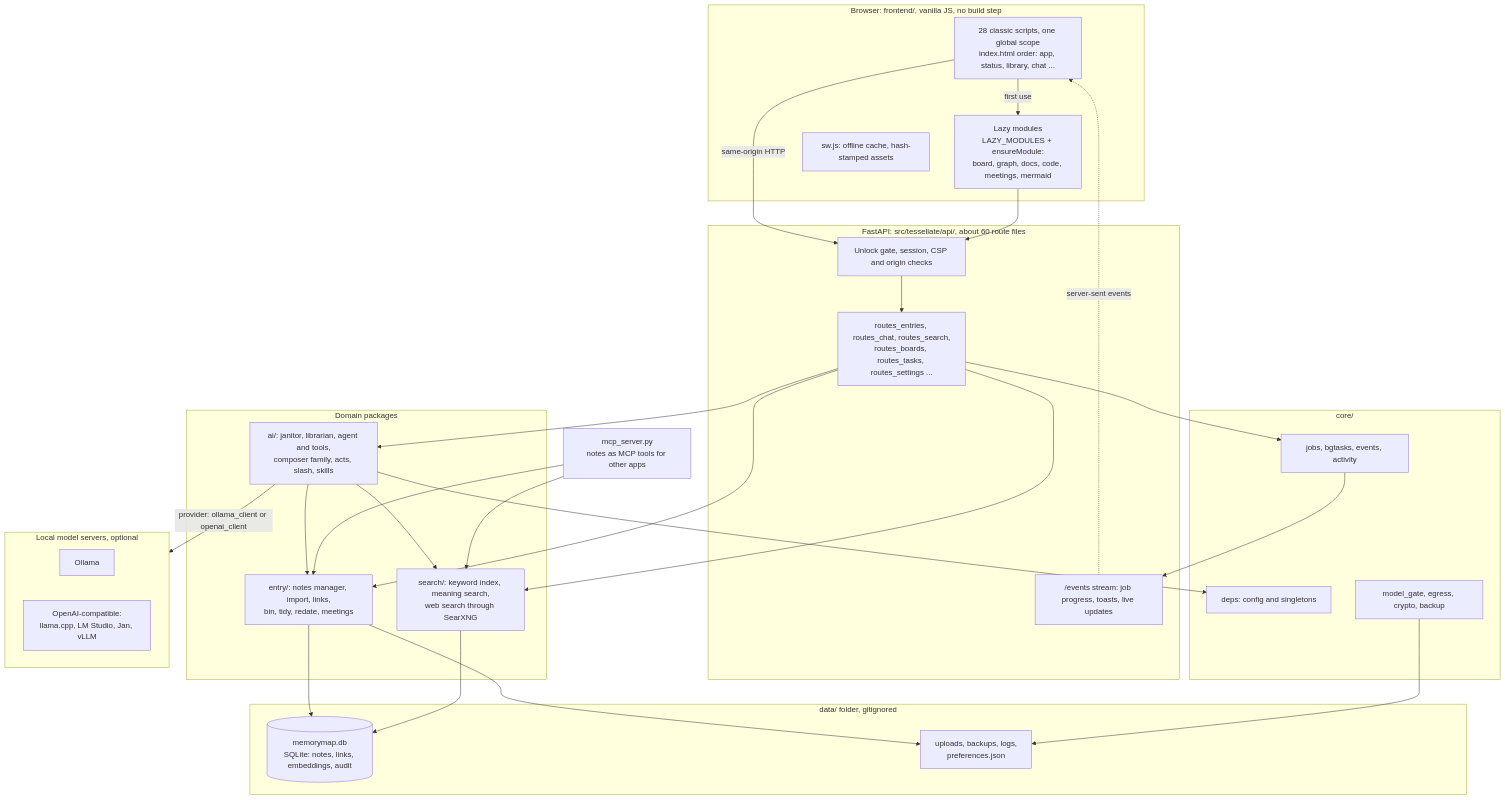
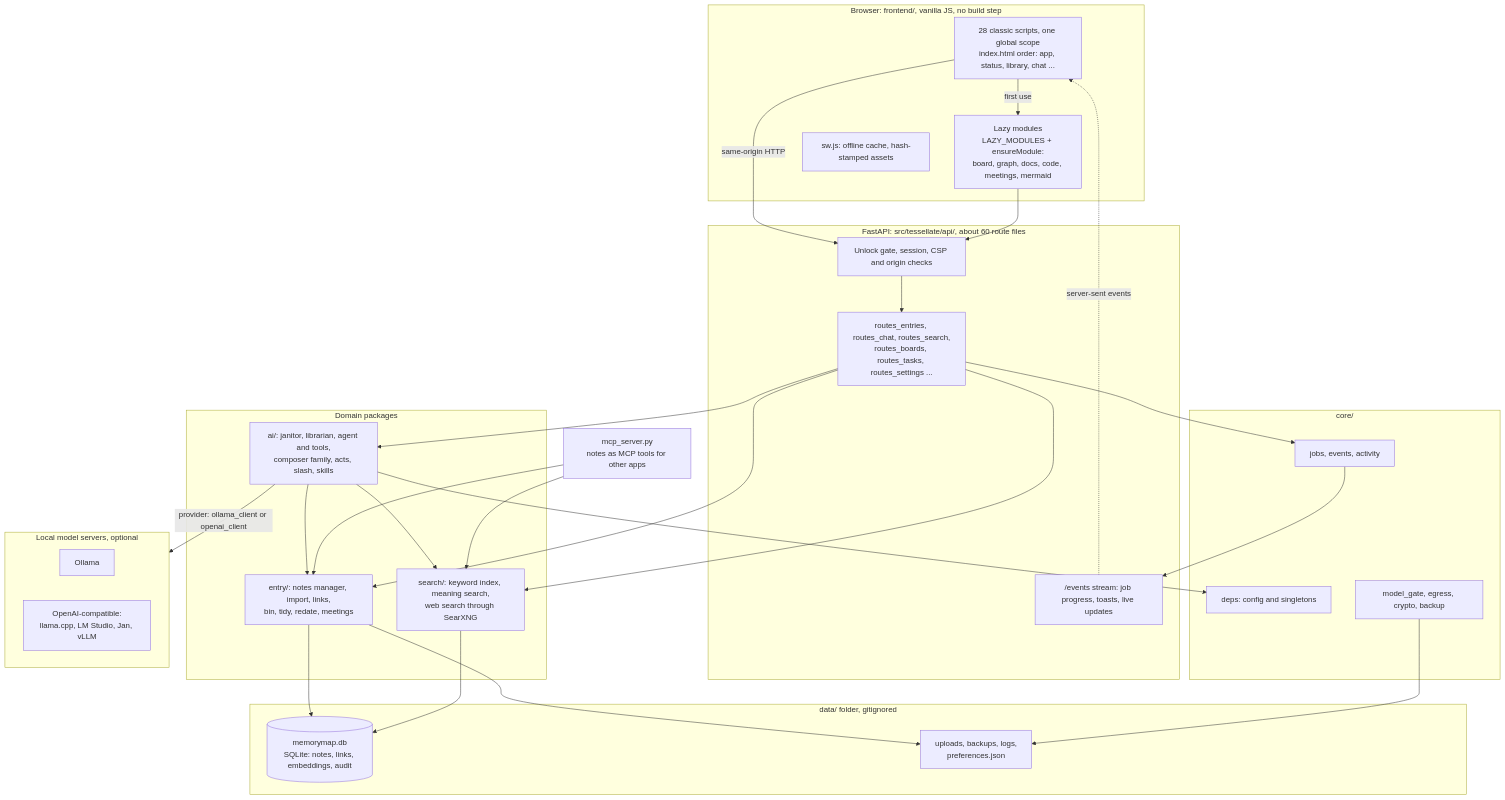
The first of 3 diagrams in docs/ARCHITECTURE.md (Braydenh563/Tessellate), drawn with Mermaid before and after one commit. The commit also changed other lines of this file and 23 other files, not shown here.

First line of the commit message:
Jobs (INBOX 1502): quitting a kind or everything is jobs.cancel_kind and stop_all; bgtasks.py goes

````diff
--- a/docs/ARCHITECTURE.md
+++ b/docs/ARCHITECTURE.md
@@ -70,59 +70,59 @@
 ```mermaid
 flowchart TB
   subgraph Browser["Browser: frontend/, vanilla JS, no build step"]
     Shell["28 classic scripts, one global scope<br/>index.html order: app, status, library, chat ..."]
     Lazy["Lazy modules<br/>LAZY_MODULES + ensureModule:<br/>board, graph, docs, code, meetings, mermaid"]
     SW["sw.js: offline cache, hash-stamped assets"]
     Shell -- "first use" --> Lazy
   end
 
   subgraph API["FastAPI: src/tessellate/api/, about 60 route files"]
     Gate["Unlock gate, session, CSP and origin checks"]
     Routes["routes_entries, routes_chat, routes_search,<br/>routes_boards, routes_tasks, routes_settings ..."]
     Events["/events stream: job progress, toasts, live updates"]
     Gate --> Routes
   end
 
   subgraph Domain["Domain packages"]
     Entry["entry/: notes manager, import, links,<br/>bin, tidy, redate, meetings"]
     AI["ai/: janitor, librarian, agent and tools,<br/>composer family, acts, slash, skills"]
     Search["search/: keyword index, meaning search,<br/>web search through SearXNG"]
   end
 
   subgraph Core["core/"]
     Deps["deps: config and singletons"]
-    Jobs["jobs, bgtasks, events, activity"]
+    Jobs["jobs, events, activity"]
     Gatekeep["model_gate, egress, crypto, backup"]
   end
 
   subgraph Data["data/ folder, gitignored"]
     DB[("memorymap.db<br/>SQLite: notes, links, embeddings, audit")]
     Files["uploads, backups, logs,<br/>preferences.json"]
   end
 
   subgraph Models["Local model servers, optional"]
     Ollama["Ollama"]
     OAI["OpenAI-compatible:<br/>llama.cpp, LM Studio, Jan, vLLM"]
   end
 
   MCP["mcp_server.py<br/>notes as MCP tools for other apps"]
 
   Shell -- "same-origin HTTP" --> Gate
   Lazy --> Gate
   Events -. "server-sent events" .-> Shell
   Routes --> Entry
   Routes --> AI
   Routes --> Search
   AI --> Search
   AI --> Entry
   AI -- "provider: ollama_client or openai_client" --> Models
   Entry --> DB
   Search --> DB
   AI --> Deps
   Routes --> Jobs
   Jobs --> Events
   Entry --> Files
   Gatekeep --> Files
   MCP --> Entry
   MCP --> Search
 ```
````
